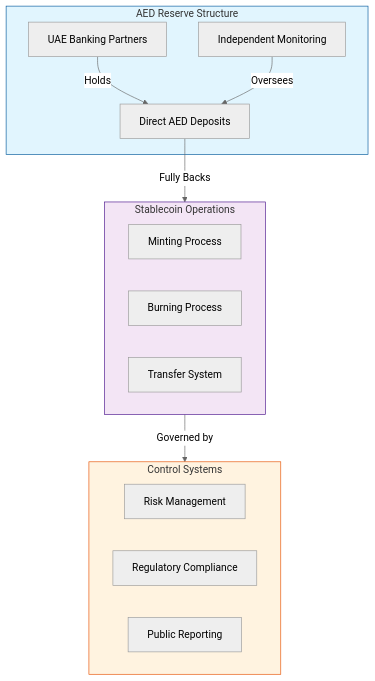
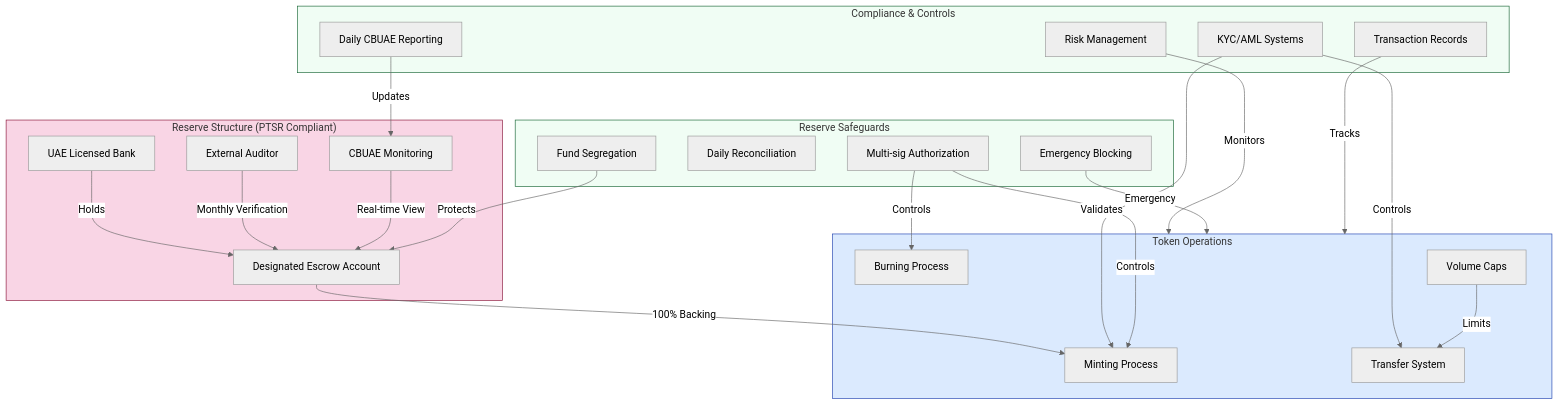
Before and after one commit to scionx-io/documentation: the second of 5 diagrams in stablecoin.md, drawn with Mermaid (neutral theme).

````diff
--- a/stablecoin.md
+++ b/stablecoin.md
@@ -46,32 +46,55 @@
 ```mermaid
 graph TB
-    subgraph ReserveSystem["AED Reserve Structure"]
-        Primary["Direct AED Deposits"]
-        Banking["UAE Banking Partners"]
-        Monitor["Independent Monitoring"]
+    subgraph ReserveStructure["Reserve Structure (PTSR Compliant)"]
+        Escrow["Designated Escrow Account"]
+        Bank["UAE Licensed Bank"]
+        Audit["External Auditor"]
+        Monitor["CBUAE Monitoring"]
     end
 
-    subgraph Operations["Stablecoin Operations"]
+    subgraph Operations["Token Operations"]
         Mint["Minting Process"]
         Burn["Burning Process"]
         Transfer["Transfer System"]
+        Cap["Volume Caps"]
     end
 
-    subgraph Controls["Control Systems"]
+    subgraph Compliance["Compliance & Controls"]
+        KYC["KYC/AML Systems"]
+        Report["Daily CBUAE Reporting"]
         Risk["Risk Management"]
-        Compliance["Regulatory Compliance"]
-        Report["Public Reporting"]
+        Records["Transaction Records"]
     end
 
-    Primary -->|Fully Backs| Operations
-    Banking -->|Holds| Primary
-    Monitor -->|Oversees| Primary
-    Operations -->|Governed by| Controls
+    subgraph Safeguards["Reserve Safeguards"]
+        Seg["Fund Segregation"]
+        Rec["Daily Reconciliation"]
+        Auth["Multi-sig Authorization"]
+        Block["Emergency Blocking"]
+    end
 
-    classDef primary fill:#e1f5fe,stroke:#01579b
-    classDef ops fill:#f3e5f5,stroke:#4a148c
-    classDef control fill:#fff3e0,stroke:#e65100
-    class ReserveSystem primary
-    class Operations ops
-    class Controls control
+    Escrow -->|100% Backing| Mint
+    Bank -->|Holds| Escrow
+    Audit -->|Monthly Verification| Escrow
+    Monitor -->|Real-time View| Escrow
+
+    KYC -->|Validates| Mint
+    KYC -->|Controls| Transfer
+    Cap -->|Limits| Transfer
+    Risk -->|Monitors| Operations
+
+    Seg -->|Protects| Escrow
+    Auth -->|Controls| Mint
+    Auth -->|Controls| Burn
+    Block -->|Emergency| Operations
+
+    Report -->|Updates| Monitor
+    Records -->|Tracks| Operations
+
+    classDef critical fill:#f9d5e5,stroke:#881337
+    classDef main fill:#dbeafe,stroke:#1e40af
+    classDef control fill:#f0fdf4,stroke:#166534
+    class ReserveStructure critical
+    class Operations main
+    class Compliance,Safeguards control
 ```
````
